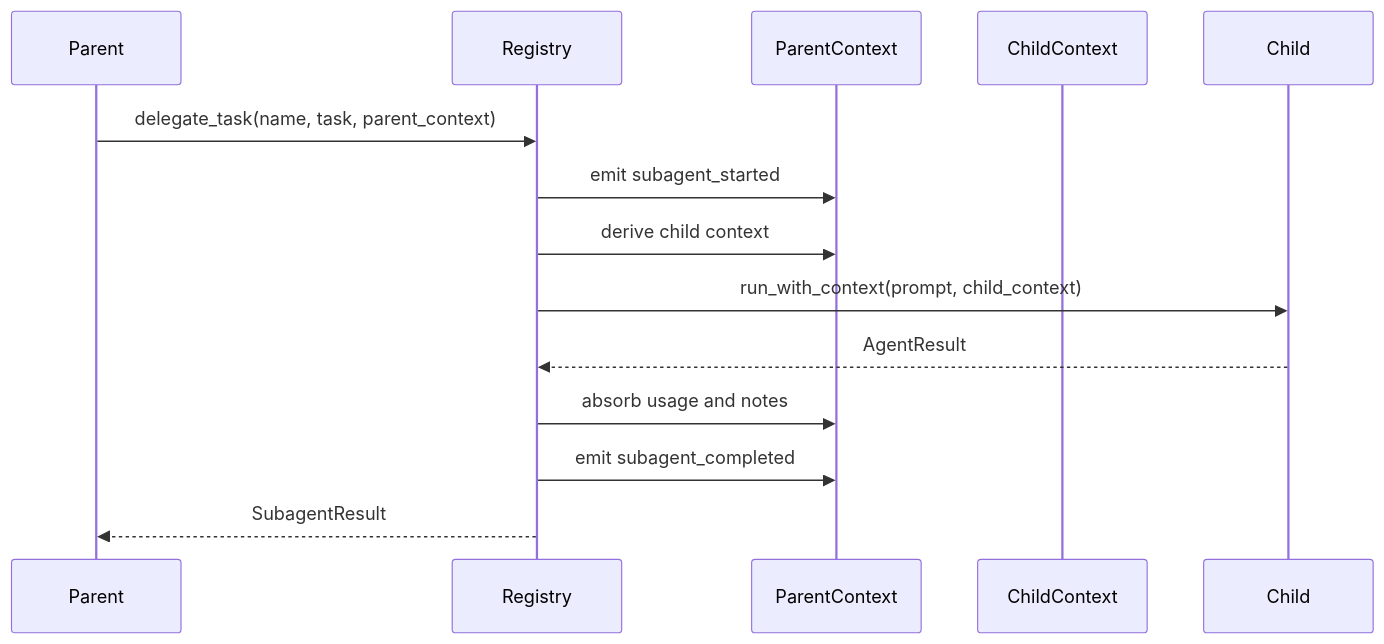
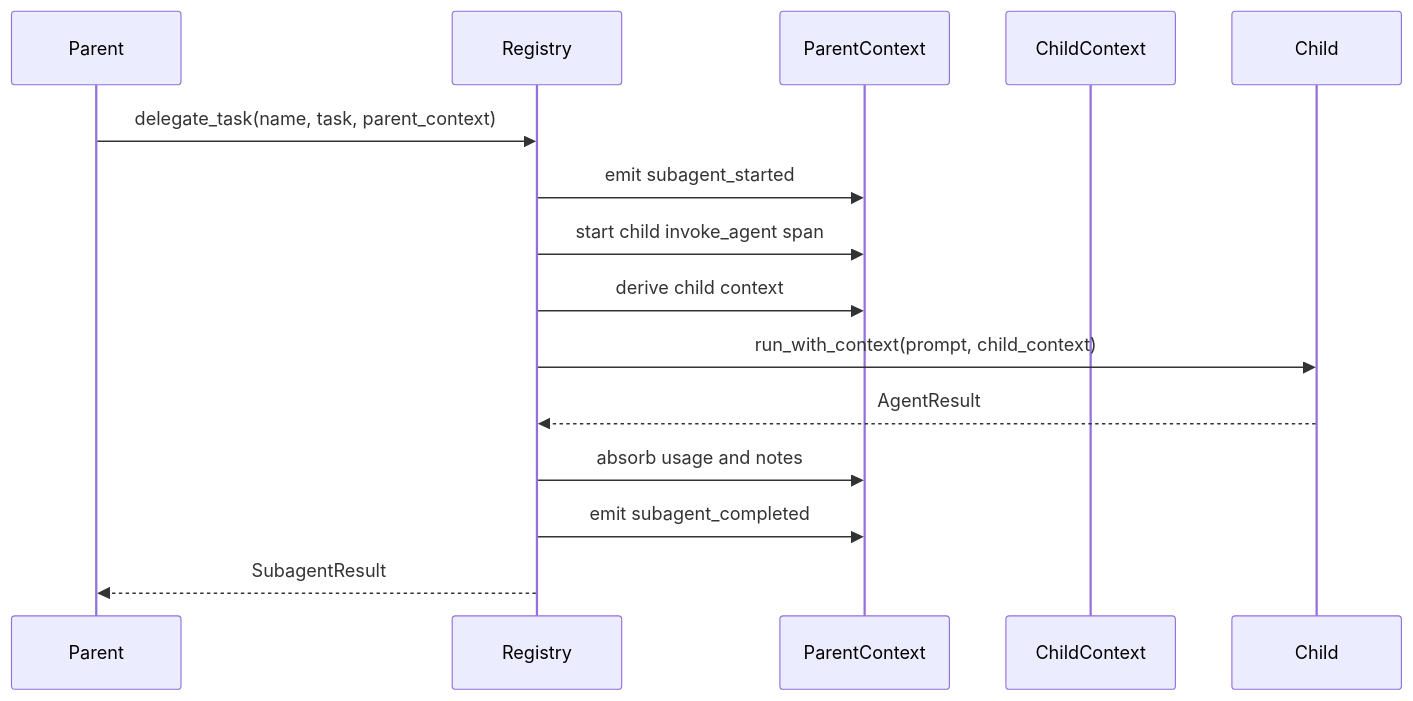
One commit to Wh1isper/starweaver changed the first of 2 diagrams in spec/sdk/04-subagents-skills.md. Above: the diagram before and after it, drawn with Mermaid. The commit also changed other lines of this file and 17 other files, not shown here.

````diff
--- a/spec/sdk/04-subagents-skills.md
+++ b/spec/sdk/04-subagents-skills.md
@@ -23,17 +23,18 @@
 ```mermaid
 sequenceDiagram
     participant Parent
     participant Registry
     participant ParentContext
     participant ChildContext
     participant Child
 
     Parent->>Registry: delegate_task(name, task, parent_context)
     Registry->>ParentContext: emit subagent_started
+    Registry->>ParentContext: start child invoke_agent span
     Registry->>ParentContext: derive child context
     Registry->>Child: run_with_context(prompt, child_context)
     Child-->>Registry: AgentResult
     Registry->>ParentContext: absorb usage and notes
     Registry->>ParentContext: emit subagent_completed
     Registry-->>Parent: SubagentResult
 ```
````
